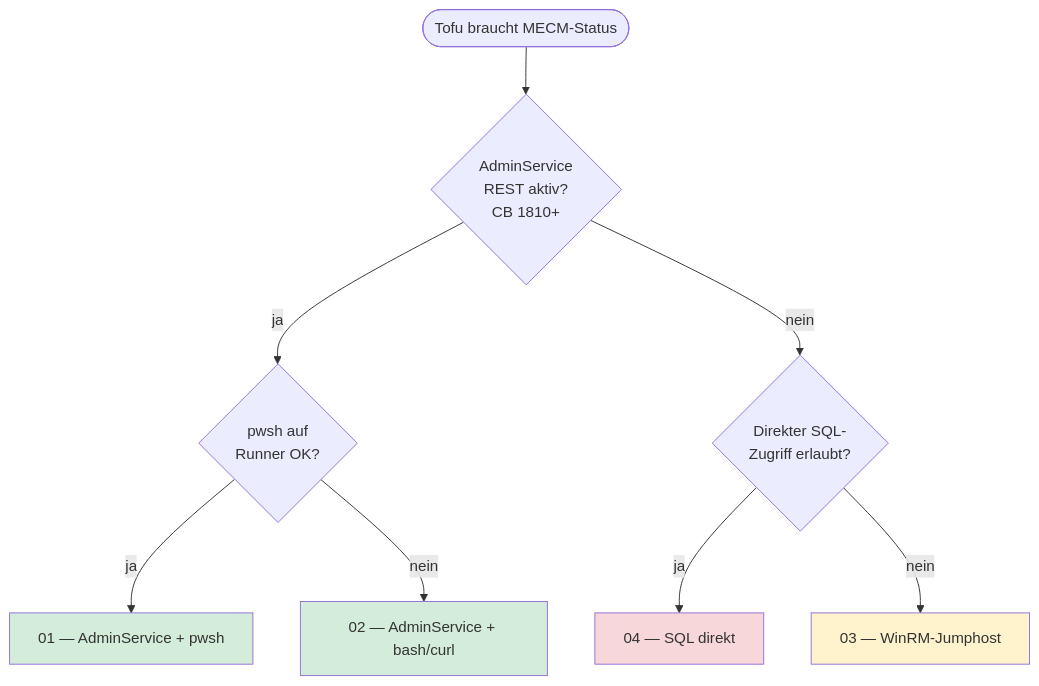
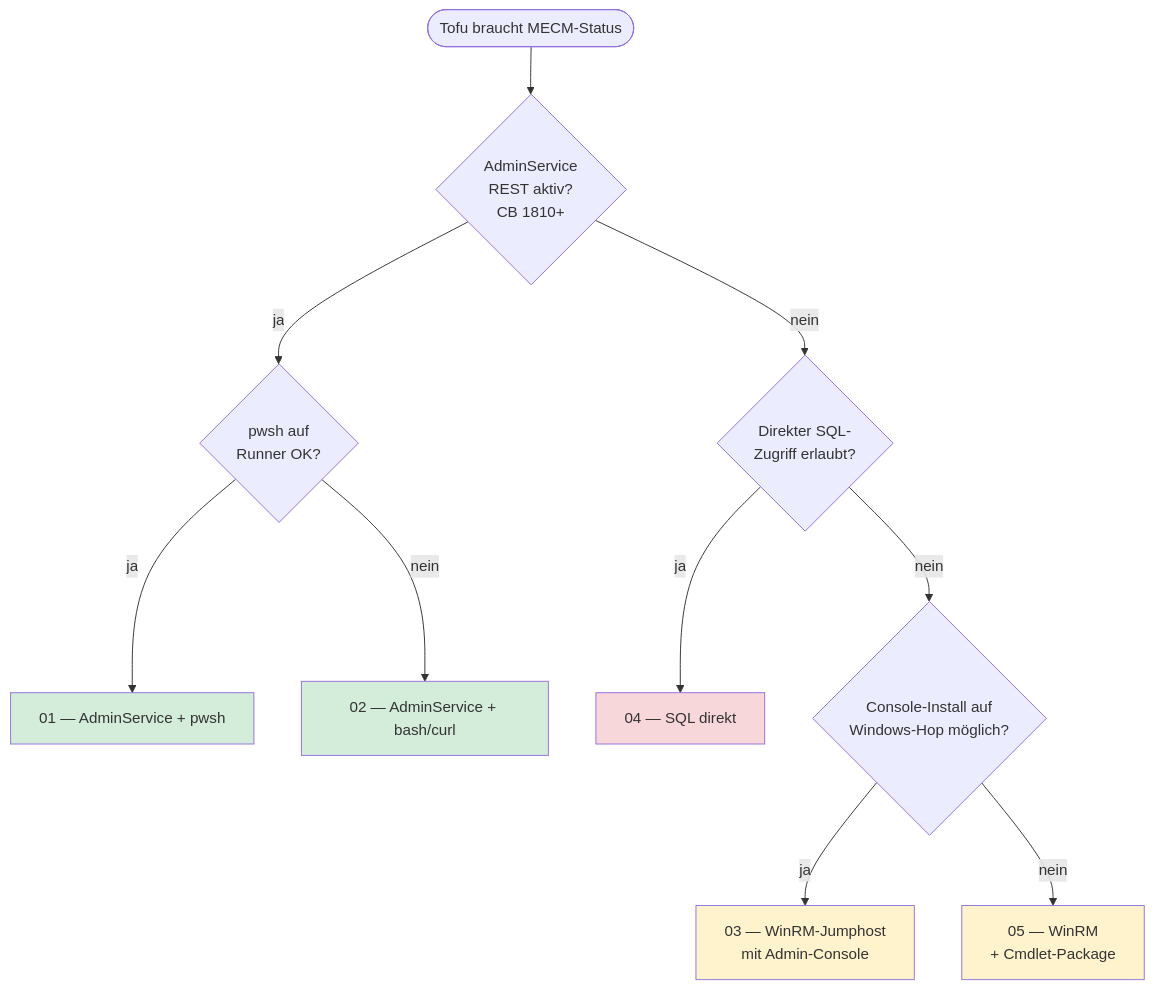
Before and after one commit to monoeagle/lucent-job-mecm-ps-connect: the first of 8 diagrams in OVERVIEW.md, drawn with Mermaid. The commit also changed other lines of this file and 10 other files, not shown here.

First line of the commit message:
Add variant 05 (WinRM + Cmdlet-Package); remove screenshots; extend comparison

````diff
--- a/OVERVIEW.md
+++ b/OVERVIEW.md
@@ -8,15 +8,18 @@
 ```mermaid
 flowchart TD
     Start([Tofu braucht MECM-Status]) --> Q1{AdminService<br/>REST aktiv?<br/>CB 1810+}
     Q1 -- ja --> Q2{pwsh auf<br/>Runner OK?}
     Q1 -- nein --> Q3{Direkter SQL-<br/>Zugriff erlaubt?}
     Q2 -- ja --> A1[01 — AdminService + pwsh]
     Q2 -- nein --> A2[02 — AdminService + bash/curl]
     Q3 -- ja --> A4[04 — SQL direkt]
-    Q3 -- nein --> A3[03 — WinRM-Jumphost]
+    Q3 -- nein --> Q4{Console-Install auf<br/>Windows-Hop möglich?}
+    Q4 -- ja --> A3[03 — WinRM-Jumphost<br/>mit Admin-Console]
+    Q4 -- nein --> A5[05 — WinRM<br/>+ Cmdlet-Package]
 
     style A1 fill:#d4edda
     style A2 fill:#d4edda
     style A3 fill:#fff3cd
+    style A5 fill:#fff3cd
     style A4 fill:#f8d7da
 ```
````
